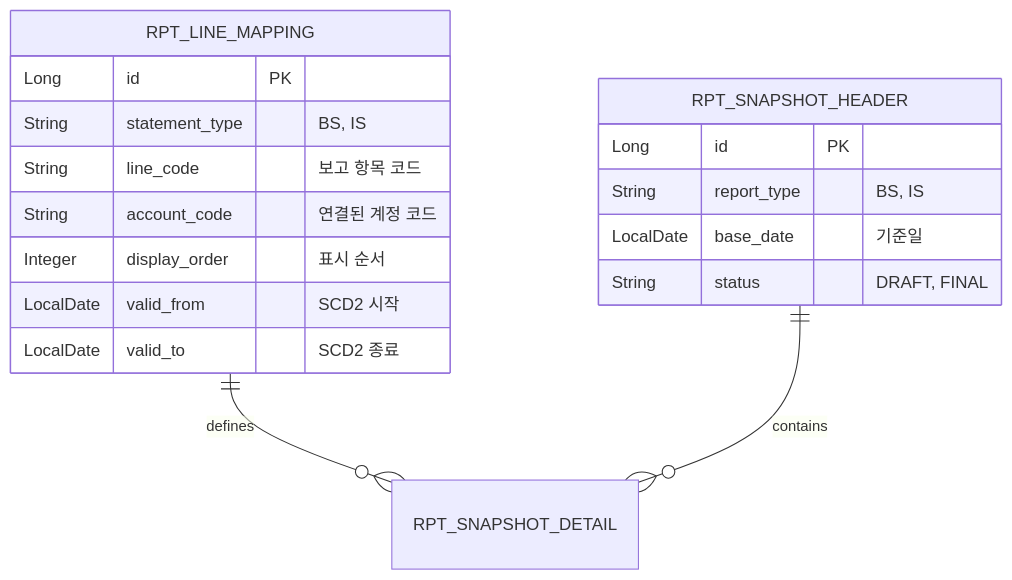
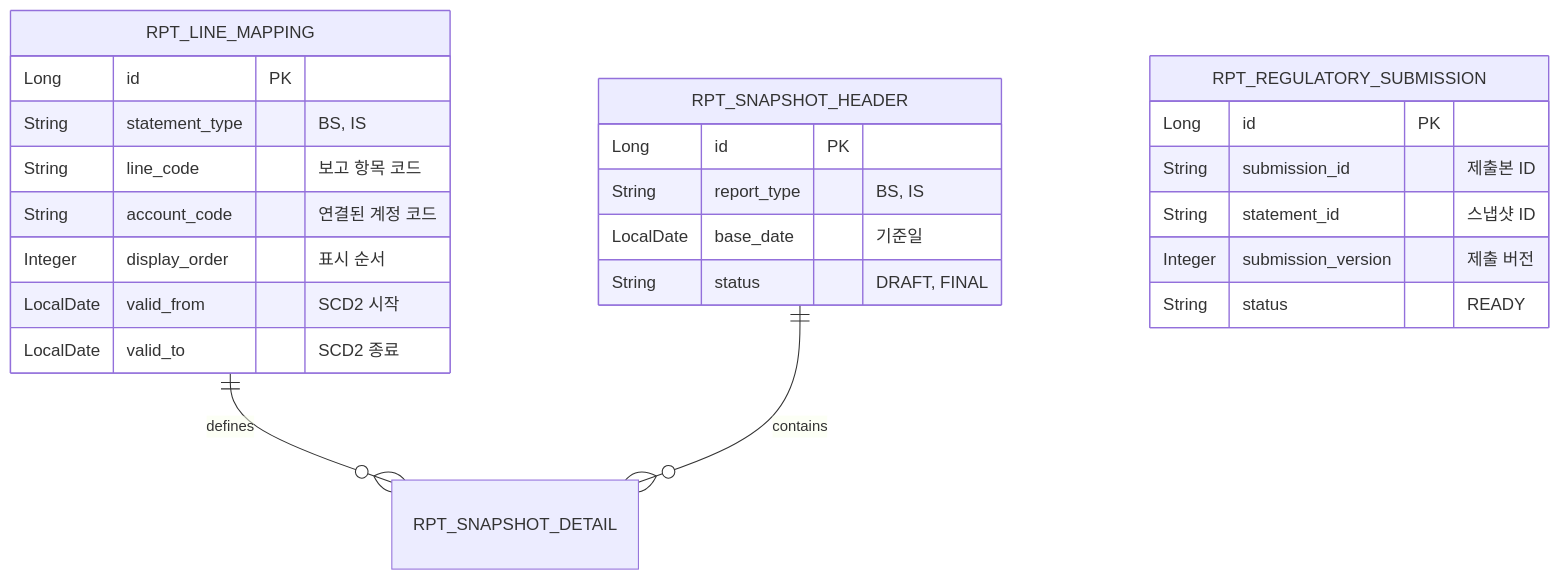
The third of 3 diagrams in reporting/README.md (skyg547/account), drawn with Mermaid before and after one commit. The commit also changed other lines of this file and 20 other files, not shown here.

````diff
--- a/reporting/README.md
+++ b/reporting/README.md
@@ -59,22 +66,30 @@
 ```mermaid
 erDiagram
     RPT_LINE_MAPPING ||--o{ RPT_SNAPSHOT_DETAIL : "defines"
     RPT_SNAPSHOT_HEADER ||--o{ RPT_SNAPSHOT_DETAIL : "contains"
 
     RPT_LINE_MAPPING {
         Long id PK
         String statement_type "BS, IS"
         String line_code "보고 항목 코드"
         String account_code "연결된 계정 코드"
         Integer display_order "표시 순서"
         LocalDate valid_from "SCD2 시작"
         LocalDate valid_to "SCD2 종료"
     }
     
     RPT_SNAPSHOT_HEADER {
         Long id PK
         String report_type "BS, IS"
         LocalDate base_date "기준일"
         String status "DRAFT, FINAL"
     }
+
+    RPT_REGULATORY_SUBMISSION {
+        Long id PK
+        String submission_id "제출본 ID"
+        String statement_id "스냅샷 ID"
+        Integer submission_version "제출 버전"
+        String status "READY"
+    }
 ```
````
